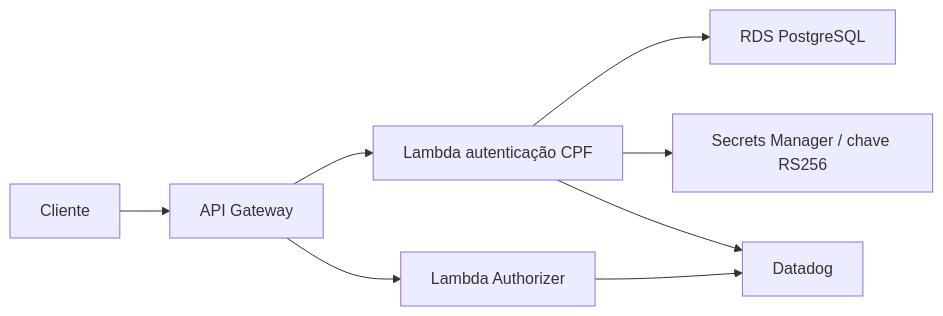
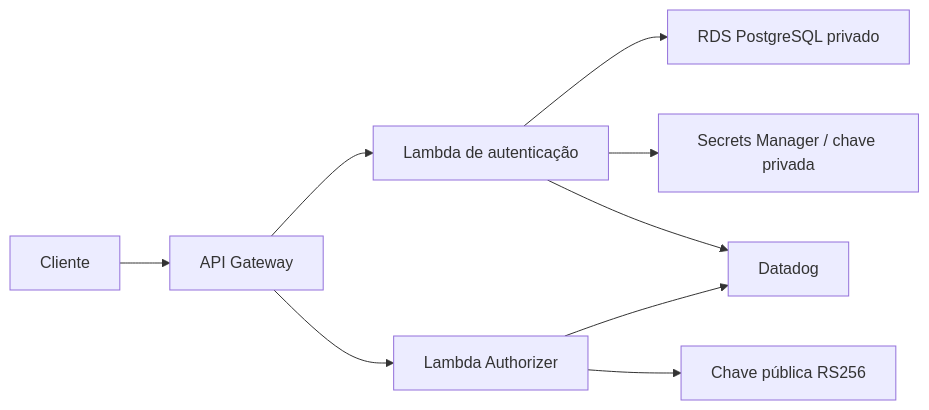
One commit to maypinheiro/oficina-auth-function changed the diagram in README.md. Above: the diagram before and after it, drawn with Mermaid. The commit also changed other lines of this file, not shown here.

````diff
--- a/README.md
+++ b/README.md
@@ -30,10 +7,11 @@
 ```mermaid
 flowchart LR
   Client["Cliente"] --> Gateway["API Gateway"]
-  Gateway --> Auth["Lambda autenticação CPF"]
+  Gateway --> Auth["Lambda de autenticação"]
   Gateway --> Authorizer["Lambda Authorizer"]
-  Auth --> RDS["RDS PostgreSQL"]
-  Auth --> Secrets["Secrets Manager / chave RS256"]
-  Auth --> Datadog["Datadog"]
-  Authorizer --> Datadog
+  Auth --> RDS["RDS PostgreSQL privado"]
+  Auth --> Secrets["Secrets Manager / chave privada"]
+  Authorizer --> PublicKey["Chave pública RS256"]
+  Auth --> DD["Datadog"]
+  Authorizer --> DD
 ```
````
